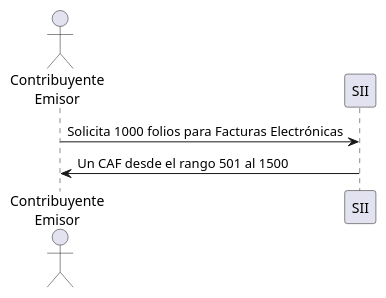
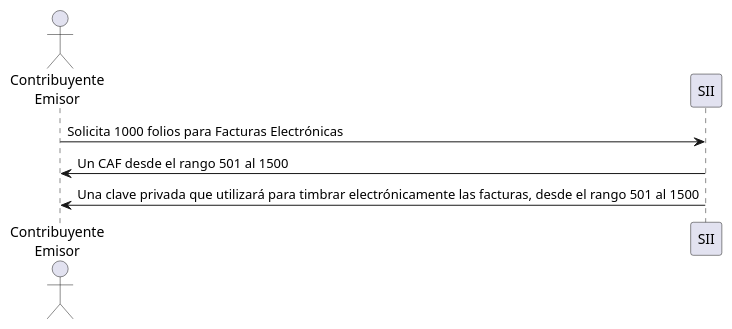
One commit to mliulion/sii-uml changed the diagram in caf/cafs_nivel_0_ejemplo.puml. Above: the diagram before and after it, drawn with PlantUML. The commit also changed 1 other file, not shown here.

```diff
--- a/caf/cafs_nivel_0_ejemplo.puml
+++ b/caf/cafs_nivel_0_ejemplo.puml
@@ -1,7 +1,8 @@
 @startumlFoo
 actor       "Contribuyente\nEmisor" as Contribuyente
 participant SII
 
 Contribuyente -> SII : Solicita 1000 folios para Facturas Electrónicas
 SII -> Contribuyente : Un CAF desde el rango 501 al 1500
+SII -> Contribuyente : Una clave privada que utilizará para timbrar electrónicamente las facturas, desde el rango 501 al 1500
 @enduml
```
